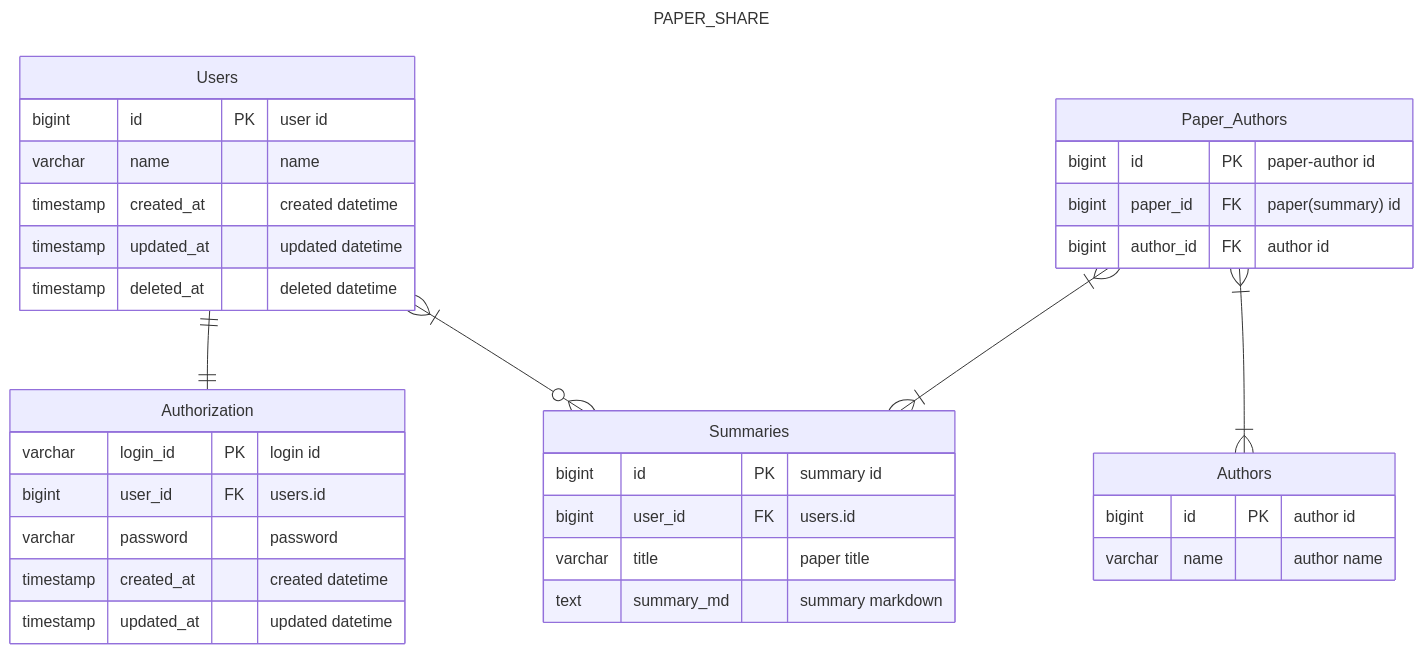
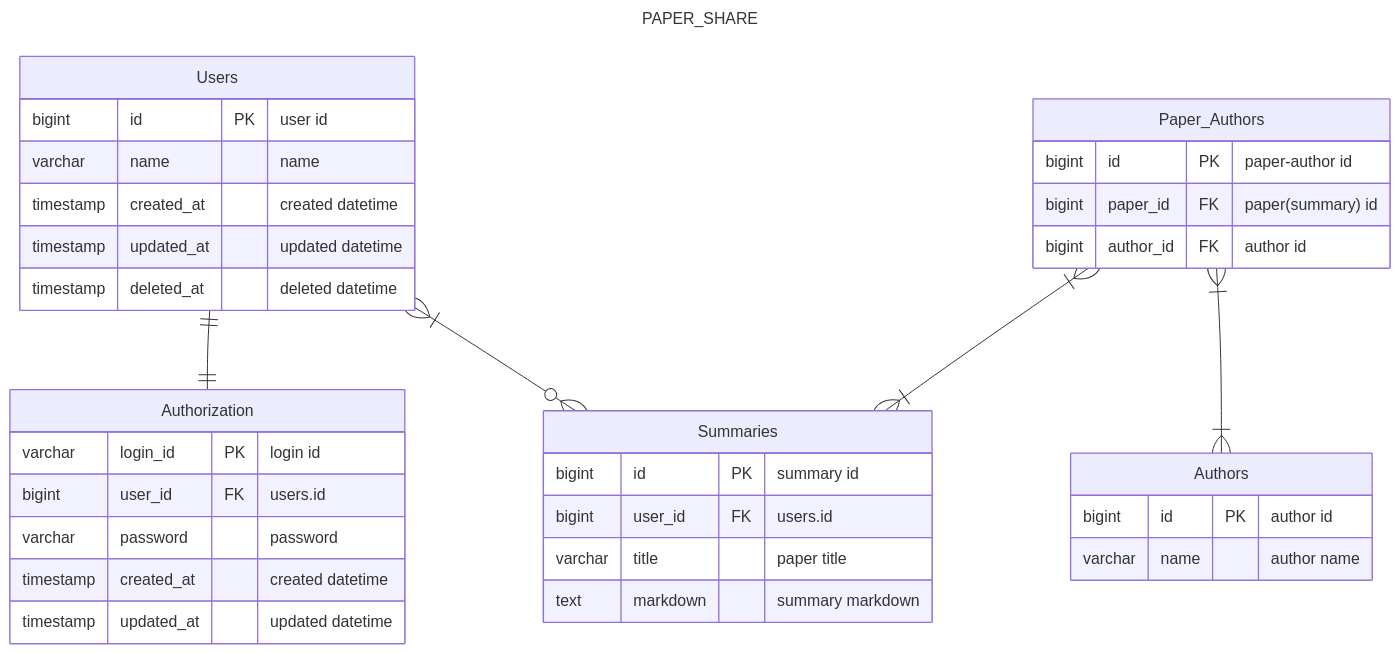
The diagram in erd.md (ichiro-ss/paper-share-back), drawn with Mermaid before and after one commit.

Commit message:
md to markdown

````diff
--- a/erd.md
+++ b/erd.md
@@ -3,40 +3,40 @@
 ```mermaid
 ---
 title: "PAPER_SHARE"
 ---
 erDiagram
     Users ||--|| Authorization : ""
     Users }|--o{ Summaries: ""
     Paper_Authors }|--|{ Summaries: ""
     Paper_Authors }|--|{ Authors: ""
 
     Users {
         bigint id PK "user id"
         varchar name "name"
         timestamp created_at "created datetime"
         timestamp updated_at "updated datetime"
         timestamp deleted_at "deleted datetime"
     }
     Authorization {
         varchar login_id PK "login id"
         bigint user_id FK "users.id"
         varchar password "password"
         timestamp created_at "created datetime"
         timestamp updated_at "updated datetime"
     }
     Summaries {
         bigint id PK "summary id"
         bigint user_id FK "users.id"
         varchar title "paper title"
-        text summary_md "summary markdown"
+        text markdown "summary markdown"
     }
     Paper_Authors {
         bigint id PK "paper-author id"
         bigint paper_id FK "paper(summary) id"
         bigint author_id FK "author id"
     }
     Authors {
         bigint id PK "author id"
         varchar name "author name"
     }
 ```
````
